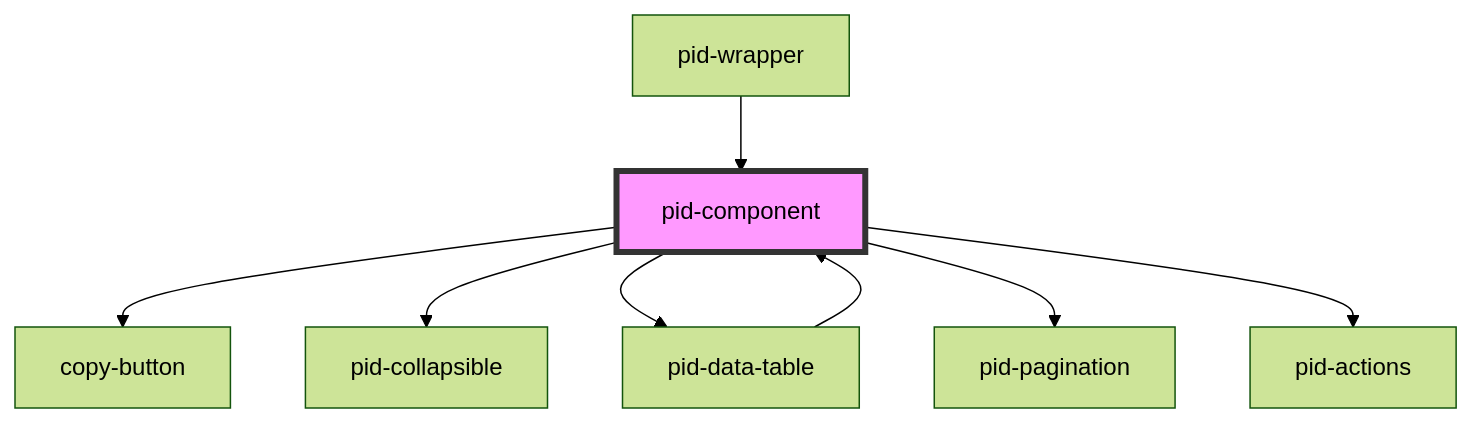
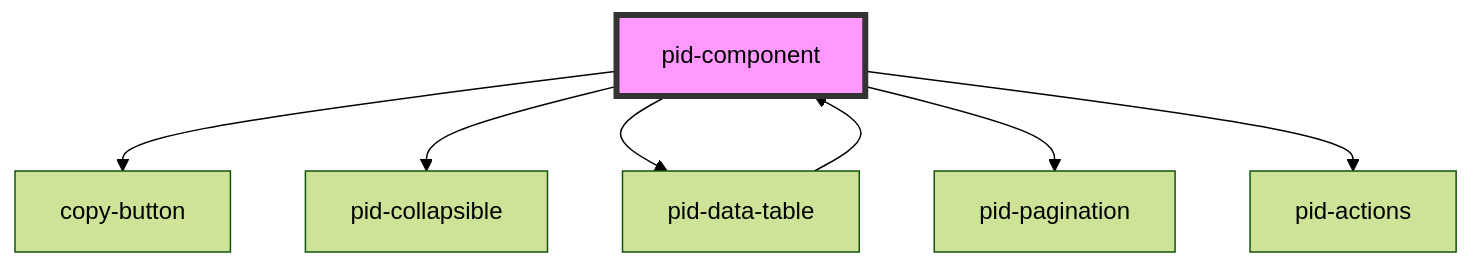
Before and after one commit to kit-data-manager/pid-component: the diagram in packages/stencil-library/src/components/pid-component/readme.md, drawn with Mermaid (forest theme). The commit also changed other lines of this file and 9 other files, not shown here.

First line of the commit message:
feat: entry-point auto-detection via window.pidComponentConfig (issue #362 favorite approach)

````diff
--- a/packages/stencil-library/src/components/pid-component/readme.md
+++ b/packages/stencil-library/src/components/pid-component/readme.md
@@ -49,11 +48,10 @@
 ```mermaid
 graph TD;
   pid-component --> copy-button
   pid-component --> pid-collapsible
   pid-component --> pid-data-table
   pid-component --> pid-pagination
   pid-component --> pid-actions
   pid-data-table --> pid-component
-  pid-wrapper --> pid-component
   style pid-component fill:#f9f,stroke:#333,stroke-width:4px
 ```
````
